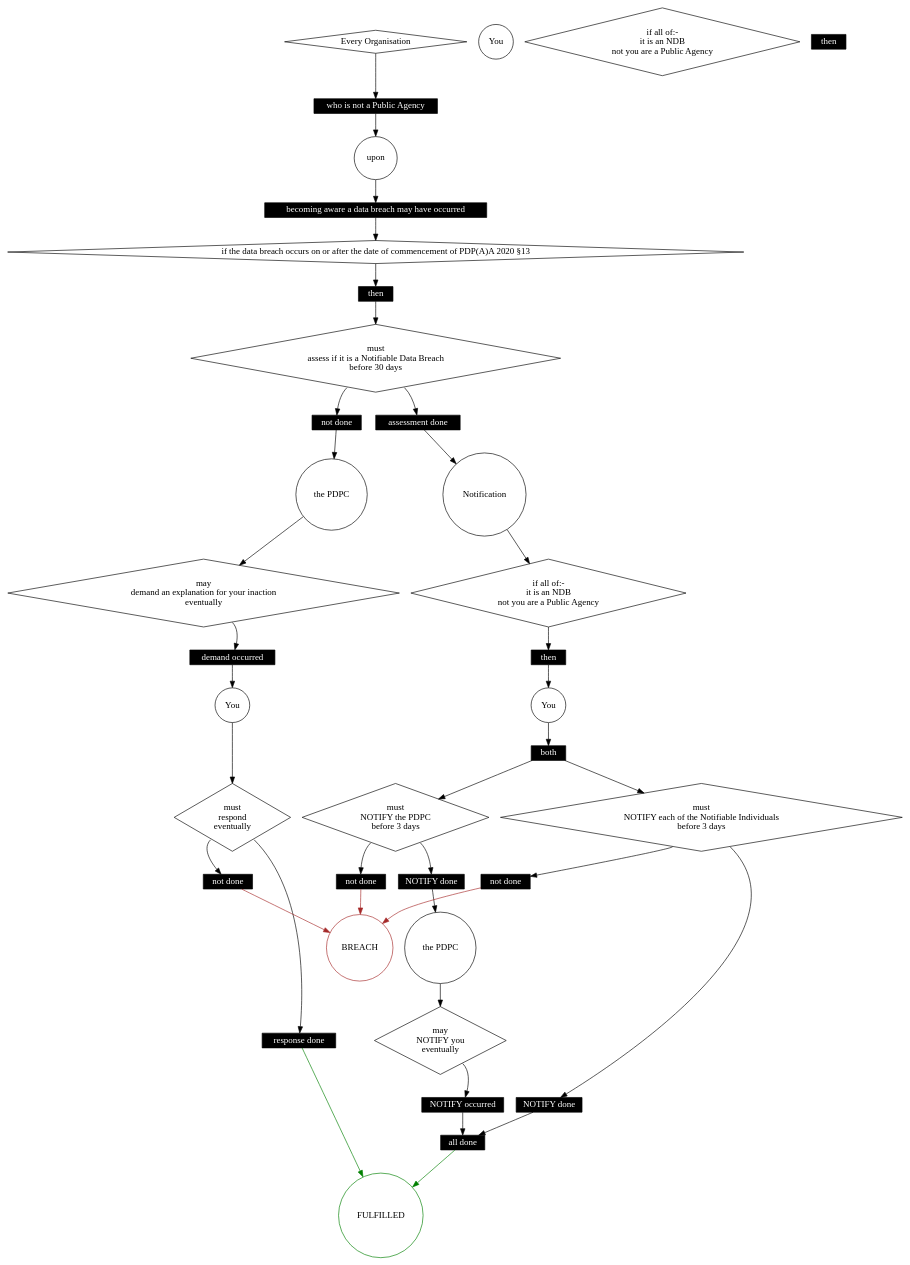
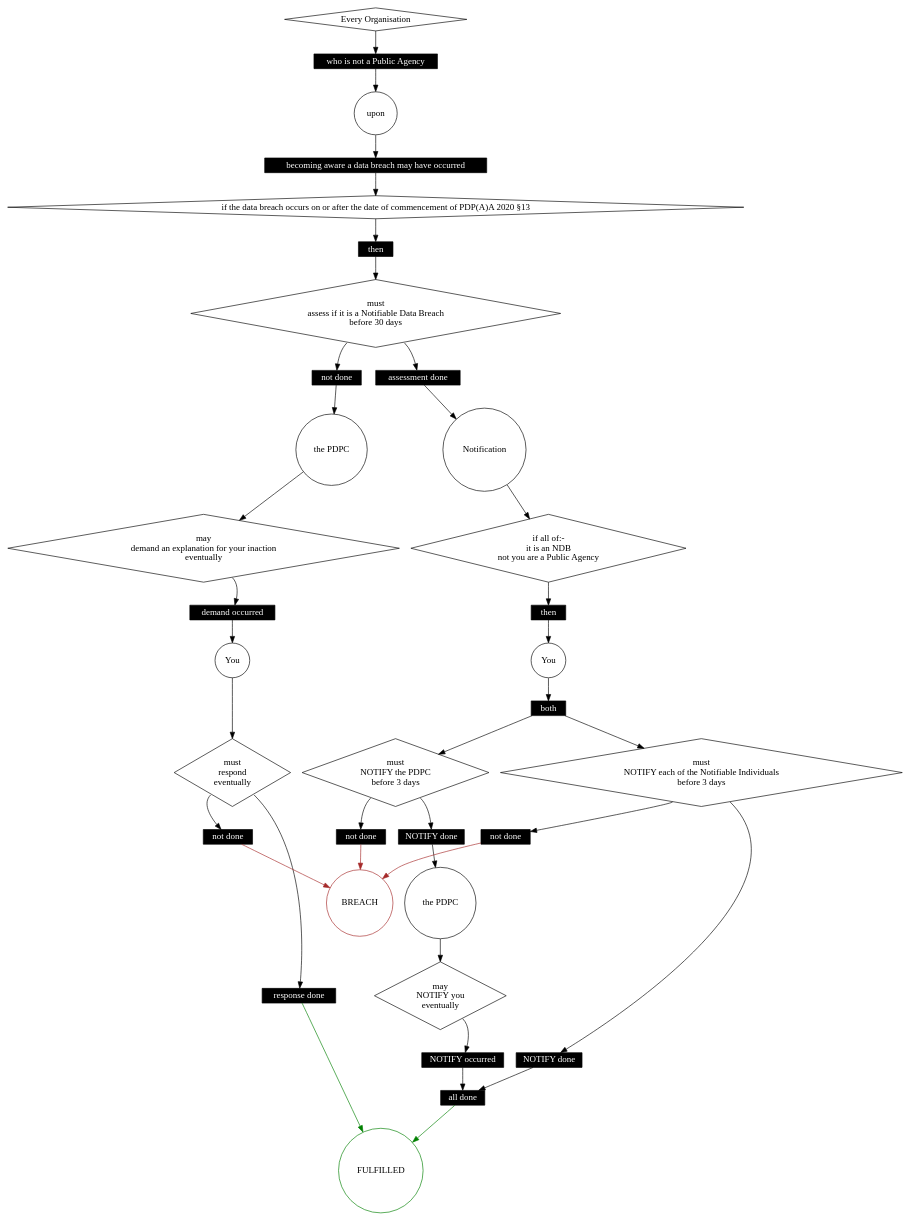
Before and after one commit to smucclaw/dsl: the diagram in mengwong/mp/petri.dot, drawn with Graphviz. The commit also changed 2 other files, not shown here.

```diff
--- a/mengwong/mp/petri.dot
+++ b/mengwong/mp/petri.dot
@@ -1,156 +1,148 @@
 digraph {
     graph [compound=true];
     subgraph places {
         node [shape=circle];
         0 [label=BREACH
           ,color=brown
           ,comment=IsInfra];
         1 [label=FULFILLED
           ,color=green
           ,comment=IsInfra];
         2 [label="Every Organisation"
           ,shape=diamond
           ,comment=IsFirstNode
           ,comment="OrigRL \"Assess\""
           ,comment=IsParty];
         4 [label=upon];
         6 [label="if the data breach occurs on or after the date of commencement of PDP(A)A 2020 §13"
           ,shape=diamond
           ,comment=IsCond];
         8 [label="must\nassess if it is a Notifiable Data Breach\nbefore 30 days"
           ,shape=diamond
           ,comment=IsDeon];
         11 [label=Notification
            ,comment=IsFirstNode
            ,comment=FromRuleAlias
            ,comment="OrigRL \"Notification\""];
         12 [label="the PDPC"];
         13 [label="may\ndemand an explanation for your inaction\neventually"
            ,shape=diamond
            ,comment=IsDeon];
         15 [label=You];
         16 [label="must\nrespond\neventually"
            ,shape=diamond
            ,comment=IsDeon];
         19 [label=You
            ,comment=IsFirstNode
            ,comment="OrigRL \"Notify PDPC\""
            ,comment=IsParty];
         20 [label="if all of:-\nit is an NDB\nnot you are a Public Agency"
            ,shape=diamond
            ,comment=IsCond];
         22 [label="must\nNOTIFY the PDPC\nbefore 3 days"
            ,shape=diamond
            ,comment=IsDeon];
         25 [label="the PDPC"];
         26 [label="may\nNOTIFY you\neventually"
            ,shape=diamond
            ,comment=IsDeon];
-        28 [label=You
-           ,comment=IsFirstNode
-           ,comment="OrigRL \"Notify Individuals\""
-           ,comment=IsParty];
-        29 [label="if all of:-\nit is an NDB\nnot you are a Public Agency"
-           ,shape=diamond
-           ,comment=IsCond];
         31 [label="must\nNOTIFY each of the Notifiable Individuals\nbefore 3 days"
            ,shape=diamond
            ,comment=IsDeon];
     }
     subgraph transitions {
         node [shape=box
              ,height=0.2
              ,style=filled
              ,fillcolor=black
              ,fontcolor=white
              ,fontname=Monaco];
         3 [label="who is not a Public Agency"];
         5 [label="becoming aware a data breach may have occurred"];
         7 [label=then,comment=IsThen];
         9 [label="assessment done"
           ,comment="Temporal \"before 30 days\""
           ,comment=IsLastHappy
           ,comment="OrigRL \"Assess\""];
         10 [label="not done"];
         14 [label="demand occurred"
            ,comment="Temporal \"eventually\""
            ,comment=IsLastHappy
            ,comment="OrigRL \"Assess\""];
         17 [label="response done"
            ,comment="Temporal \"eventually\""
            ,comment=IsLastHappy
            ,comment="OrigRL \"Assess\""];
         18 [label="not done"];
         21 [label=then,comment=IsThen];
         23 [label="NOTIFY done"
            ,comment="Temporal \"before 3 days\""
            ,comment=IsLastHappy
            ,comment="OrigRL \"Notify PDPC\""];
         24 [label="not done"];
         27 [label="NOTIFY occurred"
            ,comment="Temporal \"eventually\""
            ,comment=IsLastHappy
            ,comment="OrigRL \"Notify PDPC\""];
-        30 [label=then,comment=IsThen];
         32 [label="NOTIFY done"
            ,comment="Temporal \"before 3 days\""
            ,comment=IsLastHappy
            ,comment="OrigRL \"Notify Individuals\""];
         33 [label="not done"];
         34 [label=both
            ,comment=IsInfra
            ,comment=IsAnd
            ,comment=IsSplit];
         35 [label="all done"
            ,comment=IsInfra
            ,comment=IsAnd
            ,comment=IsJoin];
     }
     2 -> 3;
     3 -> 4;
     4 -> 5;
     5 -> 6;
     6 -> 7;
     7 -> 8;
     8 -> 9 [tailport=se
            ,comment="southeast for positive"];
     8 -> 10 [tailport=sw
             ,comment="southwest for negative"];
     9 -> 11;
     10 -> 12;
     11 -> 20 [comment="due to mergePetri"];
     12 -> 13;
     13 -> 14 [tailport=se
              ,comment="southeast for positive"];
     14 -> 15;
     15 -> 16;
     16 -> 17 [tailport=se
              ,comment="southeast for positive"];
     16 -> 18 [tailport=sw
              ,comment="southwest for negative"];
     17 -> 1 [color=green];
     18 -> 0 [color=brown];
     19 -> 34 [comment="due to mergePetri"];
     20 -> 21 [comment="due to mergePetri"];
     21 -> 19 [comment="due to mergePetri"];
     22 -> 23 [tailport=se
              ,comment="southeast for positive"];
     22 -> 24 [tailport=sw
              ,comment="southwest for negative"];
     23 -> 25;
     24 -> 0 [color=brown];
     25 -> 26;
     26 -> 27 [tailport=se
              ,comment="southeast for positive"];
     27 -> 35 [comment="added by join from tailnode"];
     31 -> 32 [tailport=se
              ,comment="southeast for positive"];
     31 -> 33 [tailport=sw
              ,comment="southwest for negative"];
     32 -> 35 [comment="added by join from tailnode"];
     33 -> 0 [color=brown];
     34 -> 22 [comment="due to mergePetri"];
     34 -> 31 [comment="due to mergePetri"];
     35 -> 1 [color=green
             ,comment="added by join to fulfilledNode"];
 }
```
